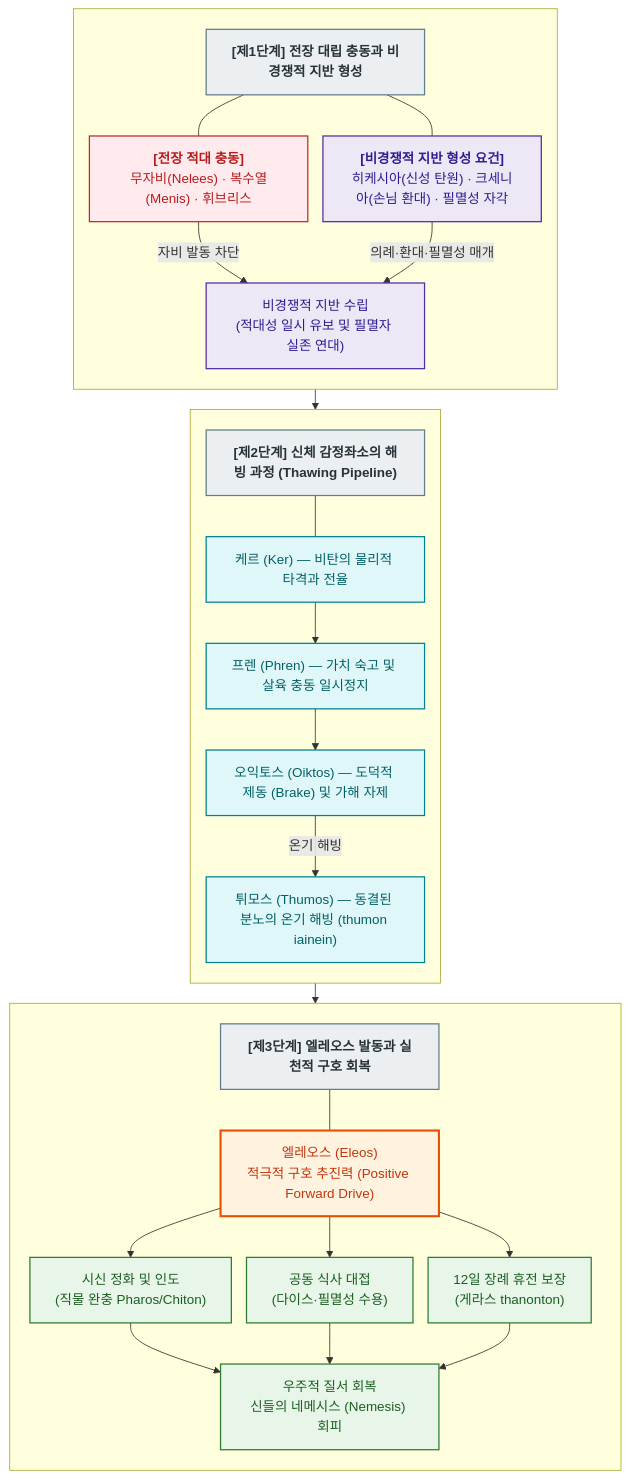
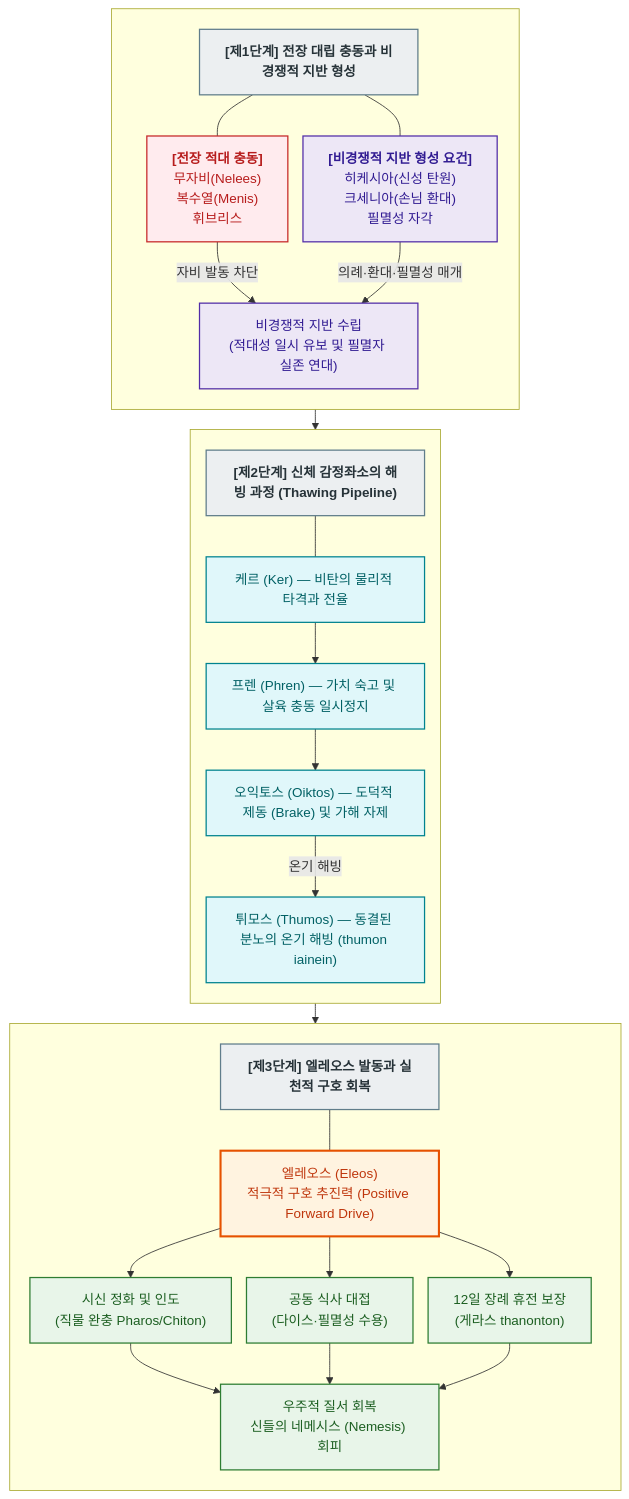
Before and after one commit to YgHnSIM/Homer_wiki: the diagram in wiki/concepts/concept-eleos.md, drawn with Mermaid. The commit also changed 2 other files, not shown here.

Commit message:
fix(concepts): concept-oiktos 머메이드 타이틀 클리핑 해결 및 실선 박스 적용

````diff
--- a/wiki/concepts/concept-eleos.md
+++ b/wiki/concepts/concept-eleos.md
@@ -118,58 +118,58 @@
 ```mermaid
 %%{init: {'flowchart': {'useMaxWidth': true, 'nodeSpacing': 18, 'rankSpacing': 24}}}%%
 flowchart TD
     %% 스타일 정의
     classDef banner fill:#ECEFF1,stroke:#607D8B,stroke-width:1.5px,font-weight:bold,color:#263238;
     classDef core fill:#FFF3E0,stroke:#E65100,stroke-width:2.5px,color:#BF360C;
     classDef ground fill:#EDE7F6,stroke:#512DA8,stroke-width:1.5px,color:#311B92;
     classDef psyche fill:#E0F7FA,stroke:#00838F,stroke-width:1.5px,color:#006064;
     classDef action fill:#E8F5E9,stroke:#2E7D32,stroke-width:1.5px,color:#1B5E20;
     classDef oppose fill:#FFEBEE,stroke:#C62828,stroke-width:1.5px,color:#B71C1C;
 
     %% 1. 대립 충동과 비경쟁적 지반
     subgraph S1 [" "]
         direction TB
         T1["[제1단계] 전장 대립 충동과 비경쟁적 지반 형성"]:::banner
-        OPP["<b>[전장 적대 충동]</b><br/>무자비(Nelees) · 복수열(Menis) · 휘브리스"]:::oppose
-        REQ["<b>[비경쟁적 지반 형성 요건]</b><br/>히케시아(신성 탄원) · 크세니아(손님 환대) · 필멸성 자각"]:::ground
+        OPP["<b>[전장 적대 충동]</b><br/>무자비(Nelees)<br/>복수열(Menis)<br/>휘브리스"]:::oppose
+        REQ["<b>[비경쟁적 지반 형성 요건]</b><br/>히케시아(신성 탄원)<br/>크세니아(손님 환대)<br/>필멸성 자각"]:::ground
         GND["비경쟁적 지반 수립<br/>(적대성 일시 유보 및 필멸자 실존 연대)"]:::ground
 
         T1 --- OPP & REQ
         OPP -->|"자비 발동 차단"| GND
         REQ -->|"의례·환대·필멸성 매개"| GND
     end
 
     %% 2. 신체 감정좌소의 해빙
     subgraph S2 [" "]
         direction TB
         T2["[제2단계] 신체 감정좌소의 해빙 과정 (Thawing Pipeline)"]:::banner
         KER["케르 (Ker) — 비탄의 물리적 타격과 전율"]:::psyche
         PH["프렌 (Phren) — 가치 숙고 및 살육 충동 일시정지"]:::psyche
         OIK["오익토스 (Oiktos) — 도덕적 제동 (Brake) 및 가해 자제"]:::psyche
         THU["튀모스 (Thumos) — 동결된 분노의 온기 해빙 (thumon iainein)"]:::psyche
 
         T2 --- KER
         KER --> PH
         PH --> OIK
         OIK -->|"온기 해빙"| THU
     end
 
     %% 3. 중심 추진력과 실천적 구호
     subgraph S3 [" "]
         direction TB
         T3["[제3단계] 엘레오스 발동과 실천적 구호 회복"]:::banner
         ELE["엘레오스 (Eleos)<br/>적극적 구호 추진력 (Positive Forward Drive)"]:::core
         ACT1["시신 정화 및 인도<br/>(직물 완충 Pharos/Chiton)"]:::action
         ACT2["공동 식사 대접<br/>(다이스·필멸성 수용)"]:::action
         ACT3["12일 장례 휴전 보장<br/>(게라스 thanonton)"]:::action
         SAN["우주적 질서 회복<br/>신들의 네메시스 (Nemesis) 회피"]:::action
 
         T3 --- ELE
         ELE --> ACT1 & ACT2 & ACT3
         ACT1 & ACT2 & ACT3 --> SAN
     end
 
     %% 단계 간 수직 파이프라인 연결
     GND --> T2
     THU --> T3
 ```
````
